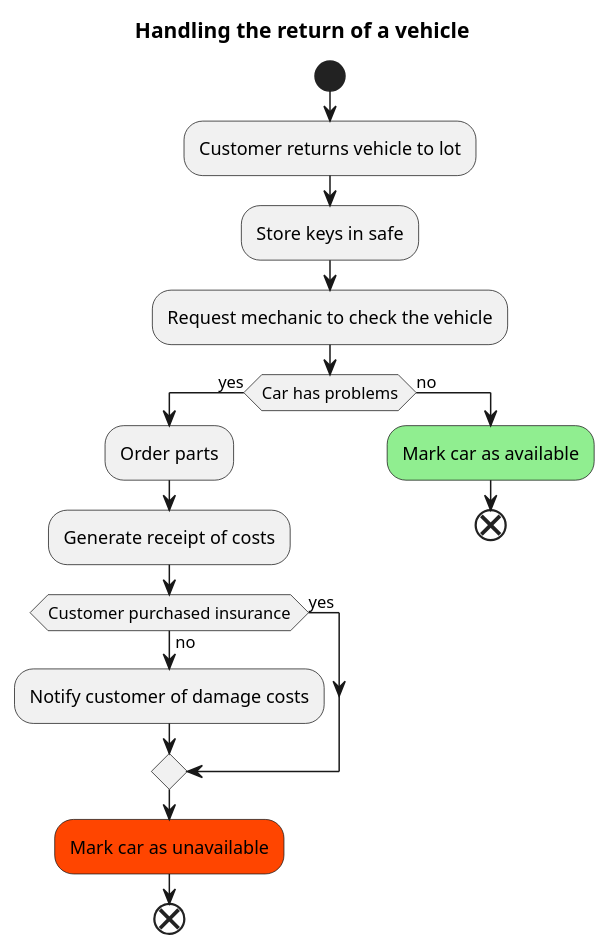
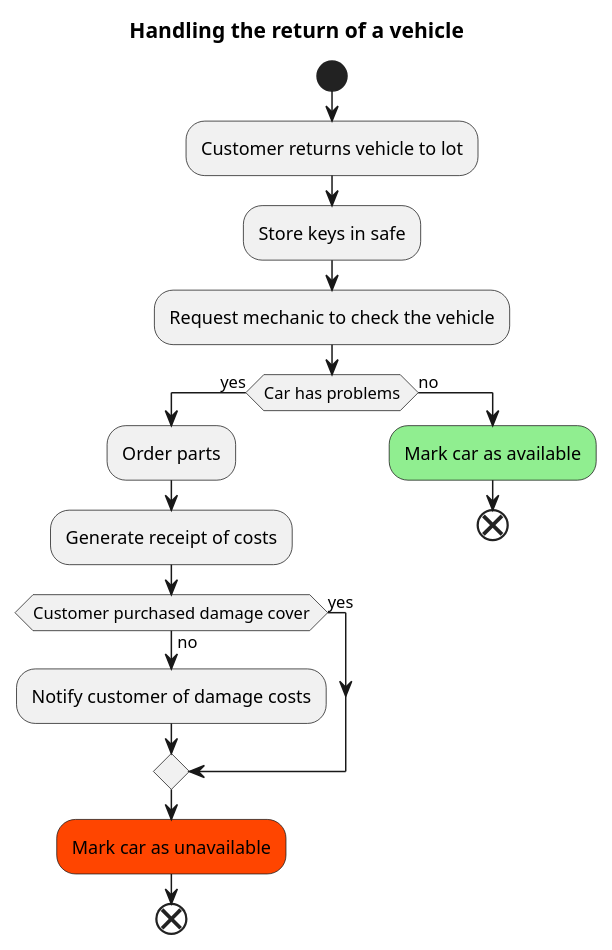
The diagram in diagrams/activity/Activity3.puml (OMBowkerBBC/DC4600-Assignment1), drawn with PlantUML before and after one commit. The commit also changed 9 other files, not shown here.

Commit message:
tidy up and final diagrams

```diff
--- a/diagrams/activity/Activity3.puml
+++ b/diagrams/activity/Activity3.puml
@@ -1,20 +1,20 @@
 @startuml
 title Handling the return of a vehicle
 start
   :Customer returns vehicle to lot;
   :Store keys in safe;
   :Request mechanic to check the vehicle;
   if (Car has problems) then (yes)
     :Order parts;
     :Generate receipt of costs;
-    if (Customer purchased insurance) then (no)
+    if (Customer purchased damage cover) then (no)
       :Notify customer of damage costs;
     else (yes)
     endif
     #OrangeRed:Mark car as unavailable;
     end
   else (no)
     #LightGreen:Mark car as available;
     end
   endif
 @enduml
```
